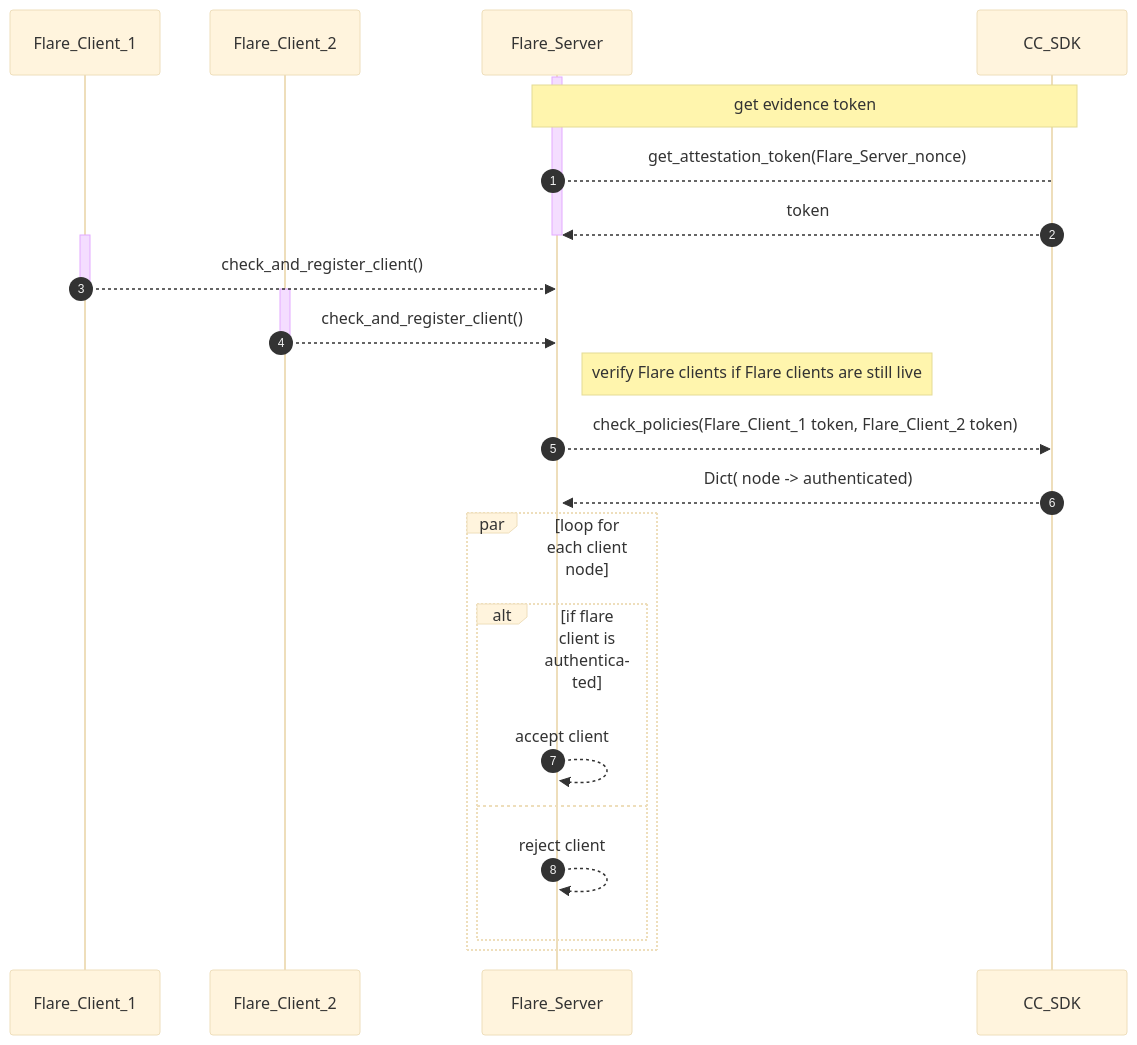
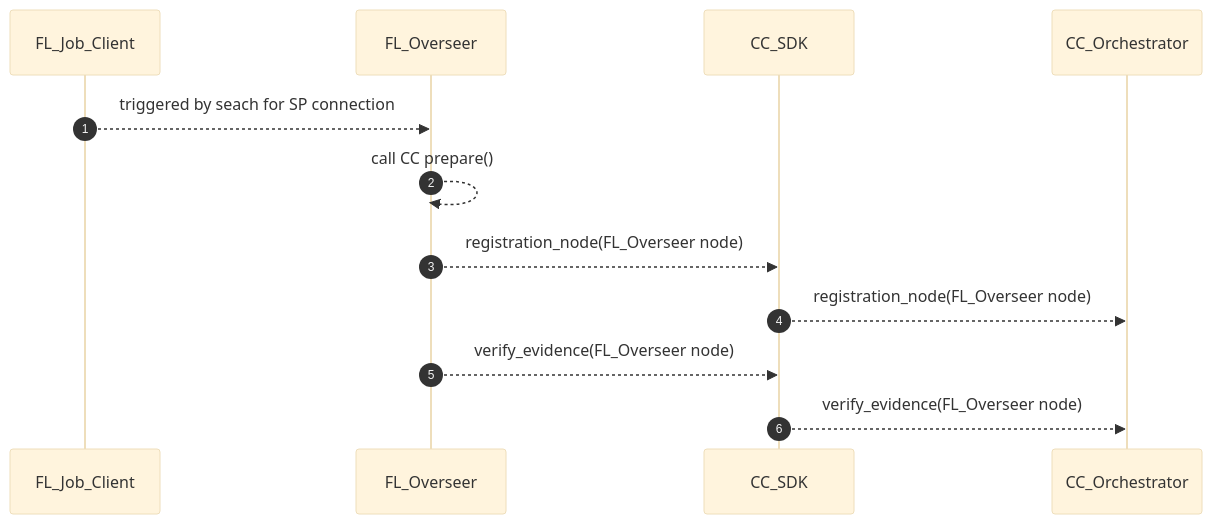
The ninth of 13 diagrams in docs/confidential_computing/detailed_cc_sequence_diagram.md (hitesh-ag1/NVFlare), drawn with Mermaid (base theme) before and after one commit. The commit also changed other lines of this file, not shown here.

Commit message:
Sequence diagram for CC

````diff
--- a/docs/confidential_computing/detailed_cc_sequence_diagram.md
+++ b/docs/confidential_computing/detailed_cc_sequence_diagram.md
@@ -204,35 +214,16 @@
 ```mermaid
 sequenceDiagram
    autonumber
-     
-    participant Flare_Client_1
-    participant Flare_Client_2
-    participant Flare_Server
+    participant FL_Job_Client
+    participant FL_Overseer
     participant CC_SDK
-     
-    activate Flare_Server
-    Note over Flare_Server, CC_SDK: get evidence token
-    Flare_Server --> CC_SDK : get_attestation_token(Flare_Server_nonce)
-    CC_SDK -->> Flare_Server : token
-    deactivate Flare_Server
-  
-    activate Flare_Client_1
-    Flare_Client_1 -->> Flare_Server:  check_and_register_client() 
-    deactivate Flare_Client_1
+    participant CC_Orchestrator
     
-    activate Flare_Client_2
-    Flare_Client_2 -->> Flare_Server:  check_and_register_client() 
-    deactivate Flare_Client_2
+    FL_Job_Client -->> FL_Overseer: triggered by seach for SP connection
+    FL_Overseer -->> FL_Overseer: call CC prepare() 
+    FL_Overseer -->> CC_SDK: registration_node(FL_Overseer node)
+    CC_SDK -->> CC_Orchestrator: registration_node(FL_Overseer node)
+    FL_Overseer -->> CC_SDK: verify_evidence(FL_Overseer node)
+    CC_SDK -->> CC_Orchestrator: verify_evidence(FL_Overseer node)
     
-    activate Flare_Server
-    Note right of Flare_Server : verify Flare clients if Flare clients are still live
-    Flare_Server -->> CC_SDK : check_policies(Flare_Client_1 token, Flare_Client_2 token)
-    CC_SDK -->> Flare_Server : Dict( node -> authenticated)
-    par loop for each client node 
-            alt if flare client is authenticated
-                Flare_Server -->>  Flare_Server:  accept client  
-            else
-                Flare_Server -->>  Flare_Server:  reject client  
-            end
-    end
 ```
````
